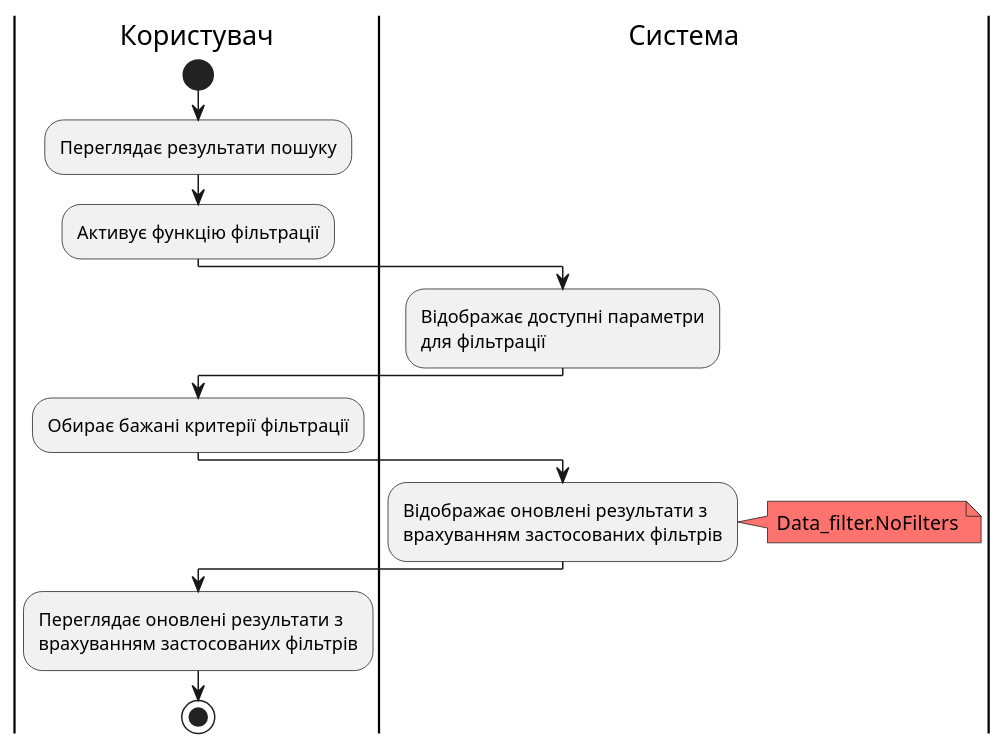
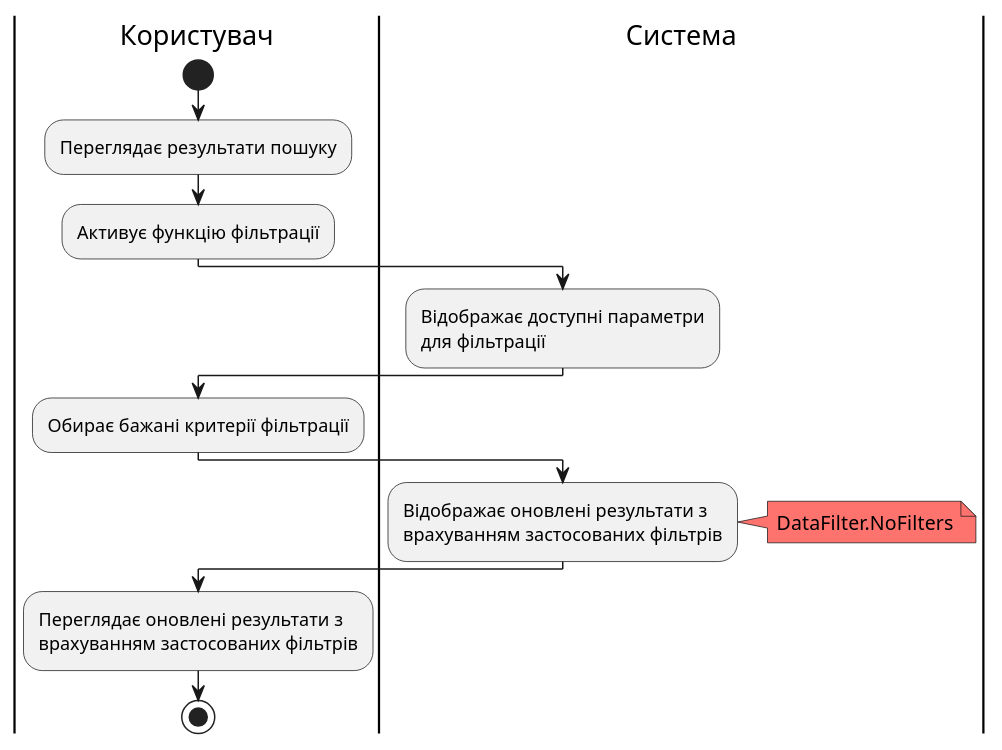
One commit to nonGratis/retarder-io-23-3-26 changed diagram 11 of 18 in docs/use cases/README.md. Above: the diagram before and after it, drawn with PlantUML. The commit also changed other lines of this file and 4 other files, not shown here.

```diff
--- a/docs/use cases/README.md
+++ b/docs/use cases/README.md
@@ -335,19 +340,19 @@
 @startuml
 |Користувач|
     start
     :Переглядає результати пошуку;
     :Активує функцію фільтрації;
 |Система|
     :Відображає доступні параметри\nдля фільтрації;
 |Користувач|
     :Обирає бажані критерії фільтрації;
 |Система|
     :Відображає оновлені результати з\nврахуванням застосованих фільтрів;
         note right #FF736E
-            Data_filter.NoFilters
+            DataFilter.NoFilters
         end note
     
 |Користувач|
     :Переглядає оновлені результати з\nврахуванням застосованих фільтрів;
     stop;
 @enduml
```
